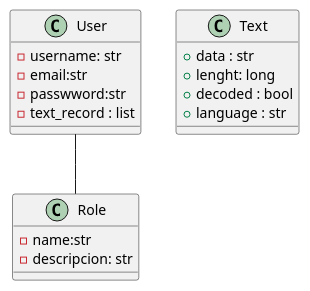
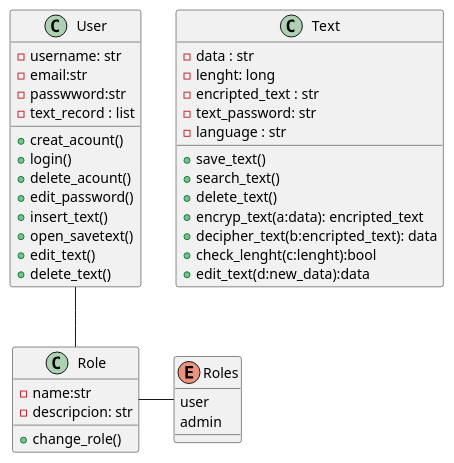
One commit to julietachaki/ProyectoSoftware changed the diagram in docs/diagram.wsd. Above: the diagram before and after it, drawn with PlantUML.

```diff
--- a/docs/diagram.wsd
+++ b/docs/diagram.wsd
@@ -1,19 +1,42 @@
-@startuml
+@startuml ClassDiagram
 class User{
     -username: str
     -email:str
     -passwword:str
     -text_record : list
+    +creat_acount()
+    +login()
+    +delete_acount()
+    +edit_password()
+    +insert_text()
+    +open_savetext()
+    +edit_text()
+    +delete_text()
+    
 }
 class Role{
     -name:str
     -descripcion: str
+    +change_role()
+}
+enum Roles{
+    user
+    admin
 }
 class Text{
-    +data : str
-    +lenght: long
-    +decoded : bool
-    +language : str
+    -data : str
+    -lenght: long
+    -encripted_text : str
+    -text_password: str
+    -language : str
+    +save_text()
+    +search_text()
+    +delete_text()
+    +encryp_text(a:data): encripted_text
+    +decipher_text(b:encripted_text): data
+    +check_lenght(c:lenght):bool
+    +edit_text(d:new_data):data
 }
 User -- Role
+Role - Roles
 @enduml
```
